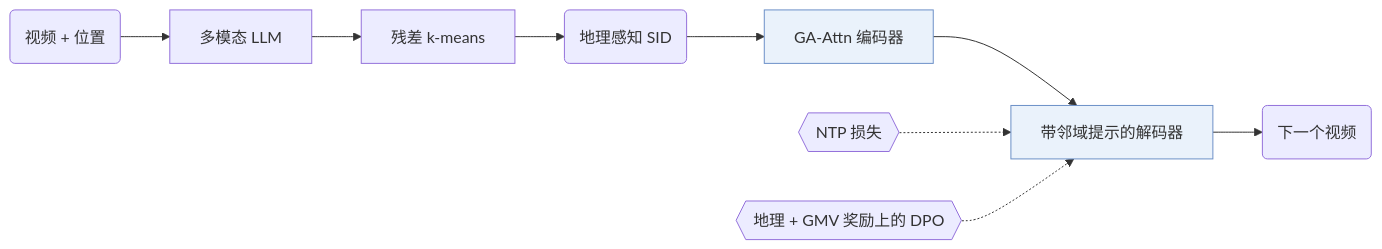
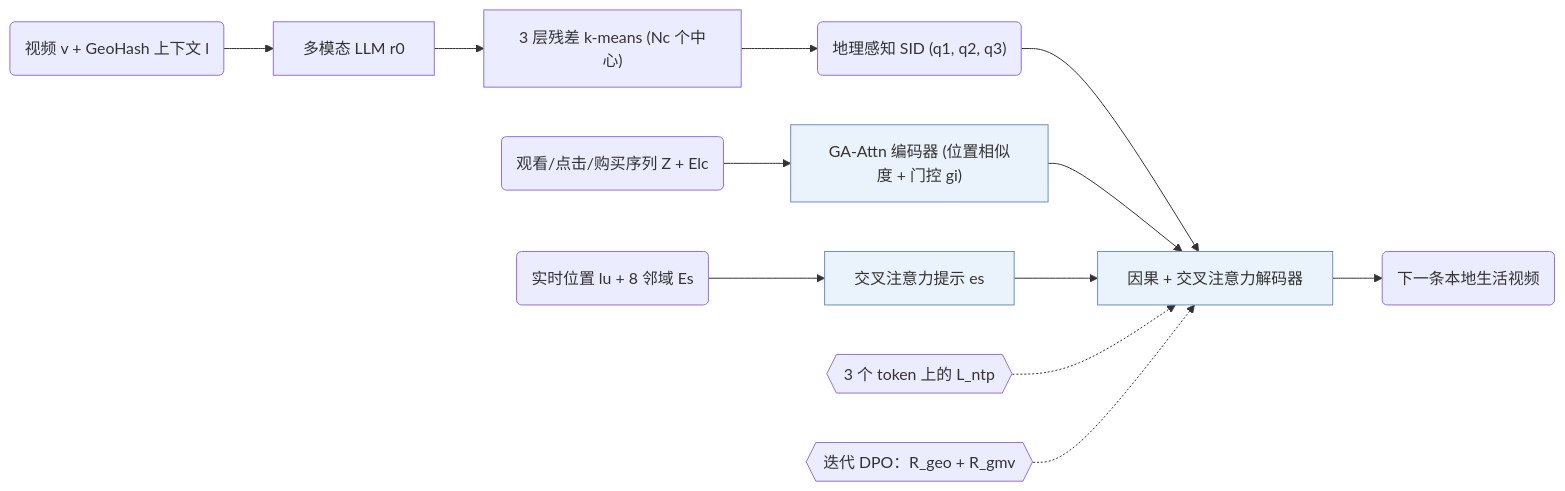
Before and after one commit to Galaxy-ghost/Awesome-SID-Generative-Rec: the first of 2 diagrams in notes/zh/oneloc.md, drawn with Mermaid. The commit also changed other lines of this file and 649 other files, not shown here.

Commit message:
writer-05: also tags and modality index (schema, check, build, visuals); summary field removed; calibration data for 12 papers

````diff
--- a/notes/zh/oneloc.md
+++ b/notes/zh/oneloc.md
@@ -16,12 +16,13 @@
 ```mermaid
 flowchart LR
-    A("视频 + 位置") --> B["多模态 LLM"]
-    B --> C["残差 k-means"]
-    C --> D("地理感知 SID")
-    D --> E["GA-Attn 编码器"]:::key
-    E --> F["带邻域提示的解码器"]:::key
-    L1{{"NTP 损失"}} -.-> F
-    L2{{"地理 + GMV 奖励上的 DPO"}} -.-> F
-    F --> G("下一个视频")
+    A("视频 v + GeoHash 上下文 l") --> B["多模态 LLM r0"]
+    B --> C["3 层残差 k-means (Nc 个中心)"]
+    C --> D("地理感知 SID (q1, q2, q3)")
+    U("观看/点击/购买序列 Z + Elc") --> E["GA-Attn 编码器 (位置相似度 + 门控 gi)"]:::key
+    N8("实时位置 lu + 8 邻域 Es") --> P["交叉注意力提示 es"]:::key
+    D & E & P --> F["因果 + 交叉注意力解码器"]:::key
+    L1{{"3 个 token 上的 L_ntp"}} -.-> F
+    L2{{"迭代 DPO：R_geo + R_gmv"}} -.-> F
+    F --> G("下一条本地生活视频")
     classDef key fill:#eaf2fb,stroke:#6b8fc7
 ```
````
